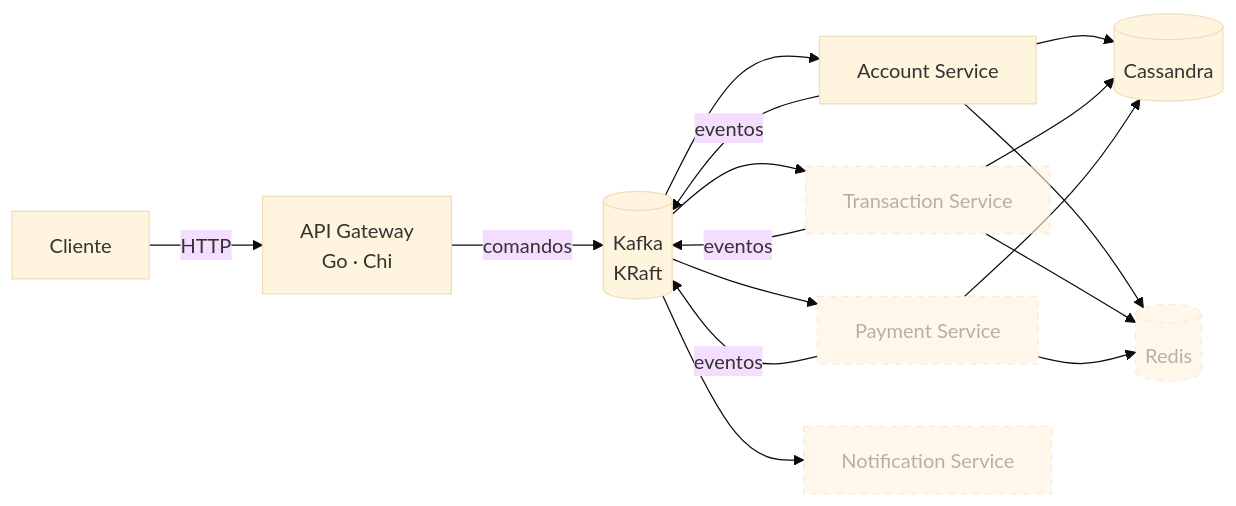
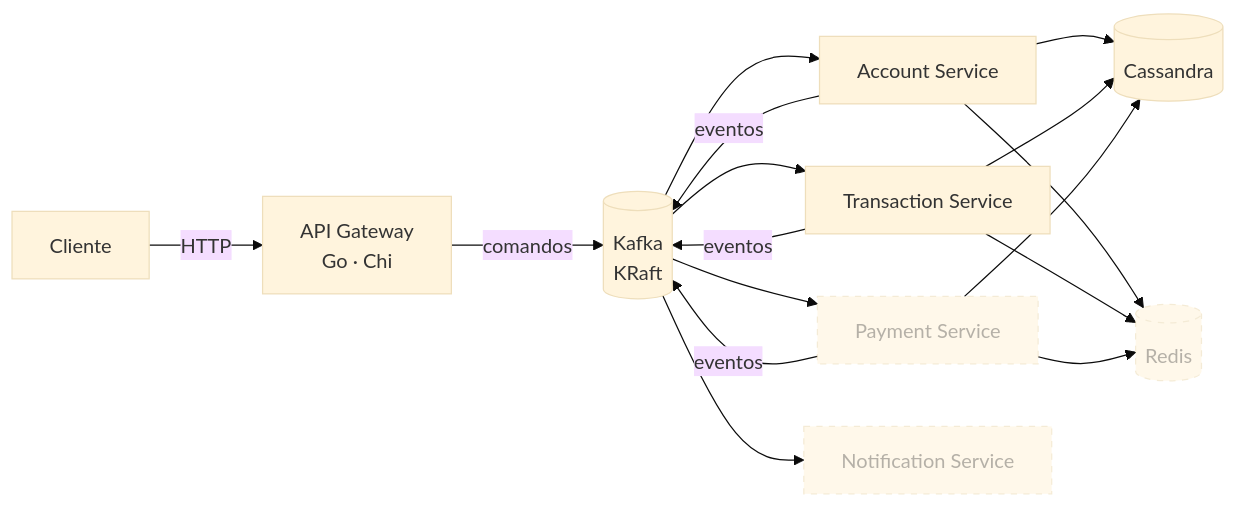
Before and after one commit to GabeSilvaDev/fintech-bank-platform: the diagram in README.pt-BR.md, drawn with Mermaid (base theme). The commit also changed other lines of this file and 2 other files, not shown here.

````diff
--- a/README.pt-BR.md
+++ b/README.pt-BR.md
@@ -24,15 +24,15 @@
 ```mermaid
 flowchart LR
     C[Cliente] -->|HTTP| GW[API Gateway<br/>Go · Chi]
     GW -->|comandos| K[(Kafka<br/>KRaft)]
     K --> A[Account Service]
     K --> T[Transaction Service]
     K --> P[Payment Service]
     K --> N[Notification Service]
     A & T & P --> CS[(Cassandra)]
     A & T & P --> R[(Redis)]
     A & T & P -->|eventos| K
 
     classDef planned stroke-dasharray: 5 5,opacity:0.6
-    class T,P,N,R planned
+    class P,N,R planned
 ```
````
